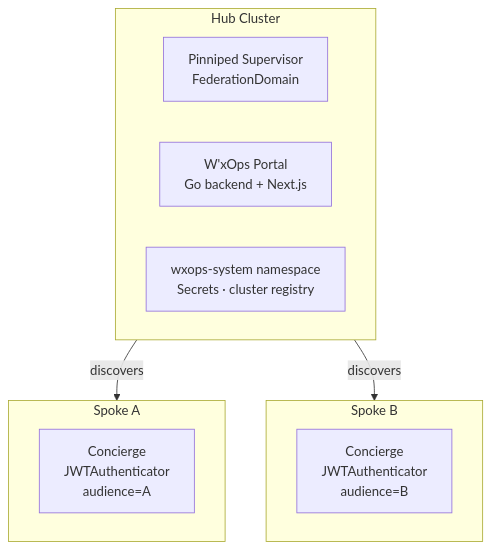
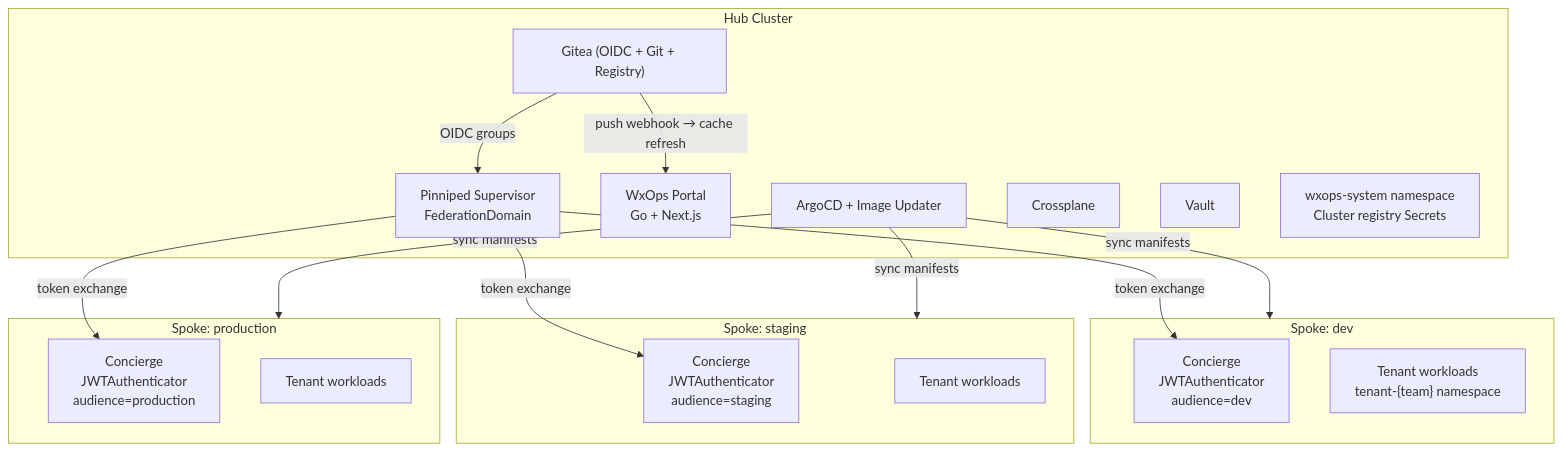
One commit to wxops/wxops-portal changed the seventh of 7 diagrams in docs/architecture.md. Above: the diagram before and after it, drawn with Mermaid. The commit also changed other lines of this file and 75 other files, not shown here.

````diff
--- a/docs/architecture.md
+++ b/docs/architecture.md
@@ -78,19 +429,36 @@
 ```mermaid
 flowchart TB
     subgraph hub["Hub Cluster"]
         PS["Pinniped Supervisor\nFederationDomain"]
-        WX["W'xOps Portal\nGo backend + Next.js"]
-        SEC["wxops-system namespace\nSecrets · cluster registry"]
+        WX["WxOps Portal\nGo + Next.js"]
+        AC["ArgoCD + Image Updater"]
+        CP["Crossplane"]
+        GT["Gitea (OIDC + Git + Registry)"]
+        VT["Vault"]
+        SEC["wxops-system namespace\nCluster registry Secrets"]
     end
 
-    subgraph spokeA["Spoke A"]
-        CA["Concierge\nJWTAuthenticator\naudience=A"]
+    subgraph spokeA["Spoke: dev"]
+        CA["Concierge\nJWTAuthenticator\naudience=dev"]
+        WLA["Tenant workloads\ntenant-{team} namespace"]
     end
 
-    subgraph spokeB["Spoke B"]
-        CB["Concierge\nJWTAuthenticator\naudience=B"]
+    subgraph spokeB["Spoke: staging"]
+        CB["Concierge\nJWTAuthenticator\naudience=staging"]
+        WLB["Tenant workloads"]
     end
 
-    hub -->|"discovers"| spokeA
-    hub -->|"discovers"| spokeB
+    subgraph spokeC["Spoke: production"]
+        CC["Concierge\nJWTAuthenticator\naudience=production"]
+        WLC["Tenant workloads"]
+    end
+
+    PS -->|"token exchange"| CA
+    PS -->|"token exchange"| CB
+    PS -->|"token exchange"| CC
+    AC -->|"sync manifests"| spokeA
+    AC -->|"sync manifests"| spokeB
+    AC -->|"sync manifests"| spokeC
+    GT -->|"push webhook → cache refresh"| WX
+    GT -->|"OIDC groups"| PS
 ```
````
